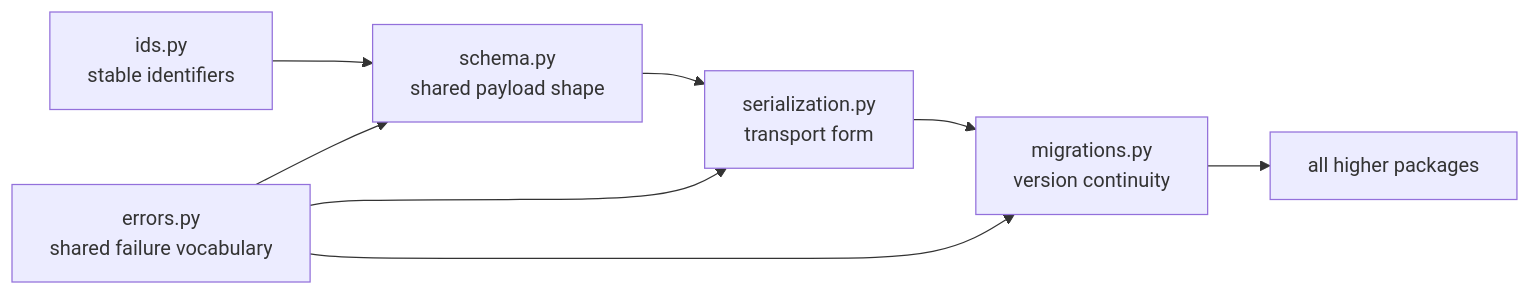
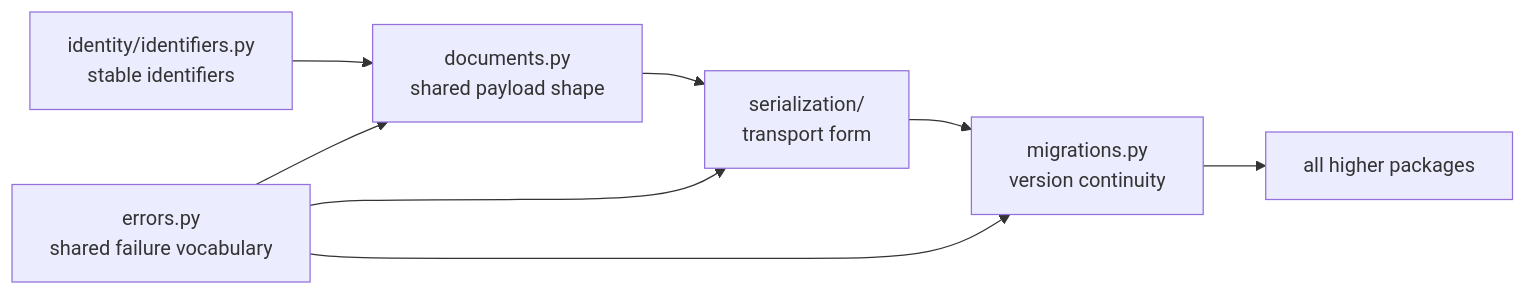
Before and after one commit to bijux/bijux-proteomics: the diagram in docs/03-bijux-proteomics-foundation/architecture/index.md, drawn with Mermaid. The commit also changed other lines of this file and 35 other files, not shown here.

````diff
--- a/docs/03-bijux-proteomics-foundation/architecture/index.md
+++ b/docs/03-bijux-proteomics-foundation/architecture/index.md
@@ -17,14 +17,14 @@
 ```mermaid
 flowchart LR
-    ids["ids.py<br/>stable identifiers"]
-    schema["schema.py<br/>shared payload shape"]
-    serialization["serialization.py<br/>transport form"]
+    ids["identity/identifiers.py<br/>stable identifiers"]
+    schema["documents.py<br/>shared payload shape"]
+    serialization["serialization/<br/>transport form"]
     migrations["migrations.py<br/>version continuity"]
     errors["errors.py<br/>shared failure vocabulary"]
     consumers["all higher packages"]
 
     ids --> schema --> serialization --> migrations --> consumers
     errors --> schema
     errors --> serialization
     errors --> migrations
 ```
````
